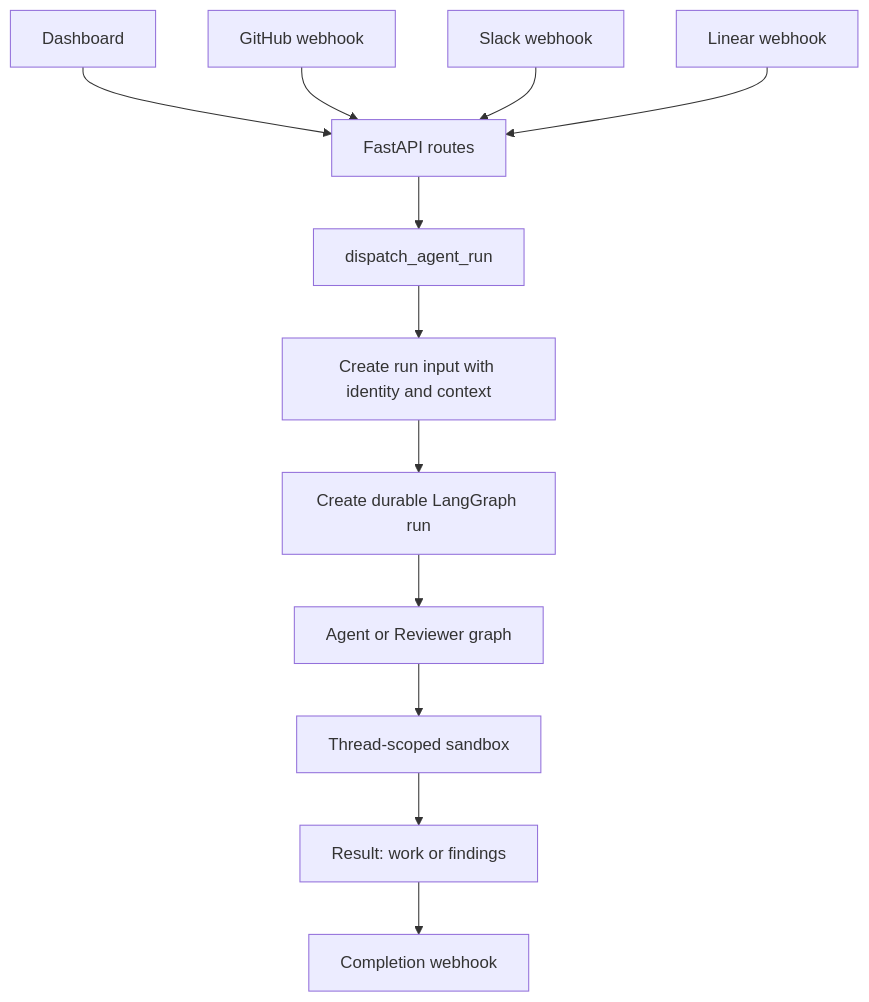
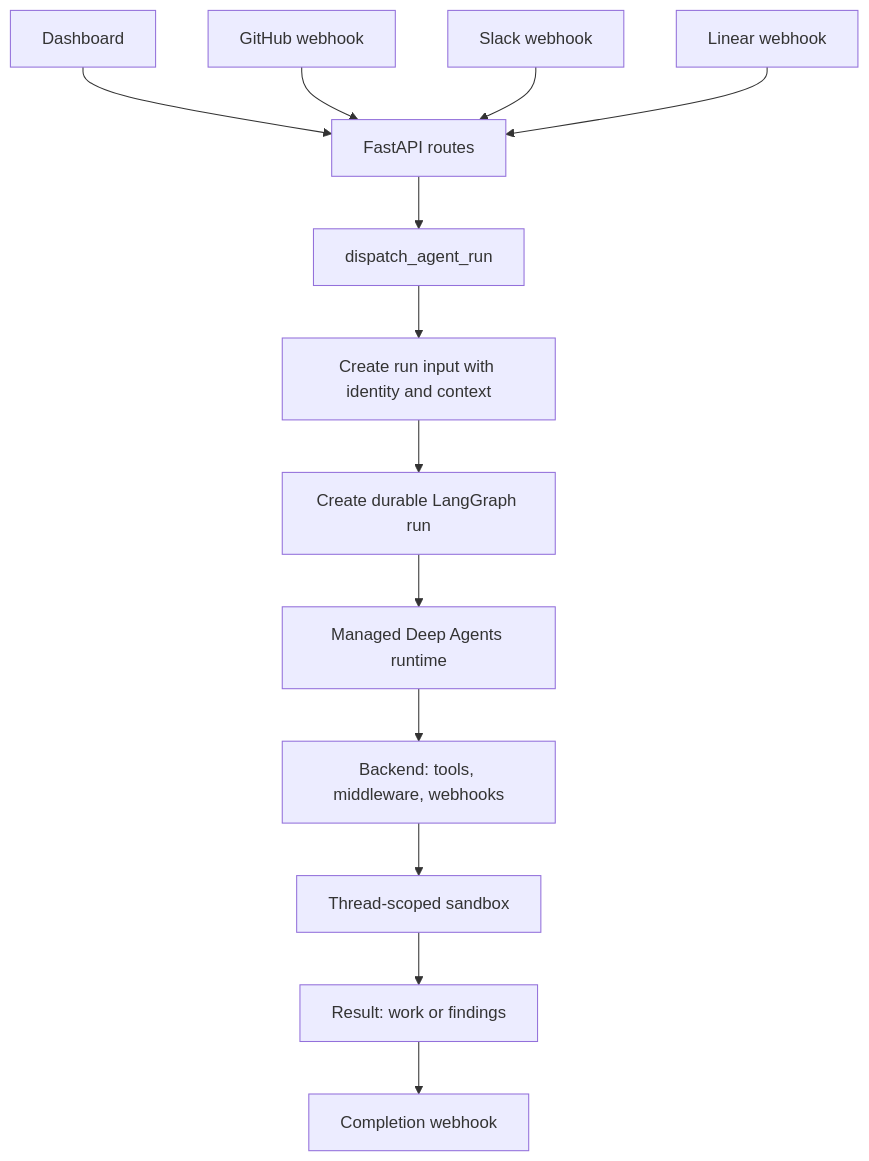
The diagram in openwiki/quickstart.md (aeteq/open-swe), drawn with Mermaid before and after one commit. The commit also changed other lines of this file and 46 other files, not shown here.

````diff
--- a/openwiki/quickstart.md
+++ b/openwiki/quickstart.md
@@ -81,16 +87,17 @@
 ```mermaid
 flowchart TD
     Dashboard["Dashboard"] --> Api["FastAPI routes"]
     GitHub["GitHub webhook"] --> Api
     Slack["Slack webhook"] --> Api
     Linear["Linear webhook"] --> Api
     
     Api --> Dispatch["dispatch_agent_run"]
     Dispatch --> RunInput["Create run input with identity and context"]
     RunInput --> DurableRun["Create durable LangGraph run"]
-    DurableRun --> AgentGraph["Agent or Reviewer graph"]
+    DurableRun --> MDA["Managed Deep Agents runtime"]
     
-    AgentGraph --> Sandbox["Thread-scoped sandbox"]
+    MDA --> Backend["Backend: tools, middleware, webhooks"]
+    Backend --> Sandbox["Thread-scoped sandbox"]
     Sandbox --> Result["Result: work or findings"]
     Result --> Webhook["Completion webhook"]
 ```
````
